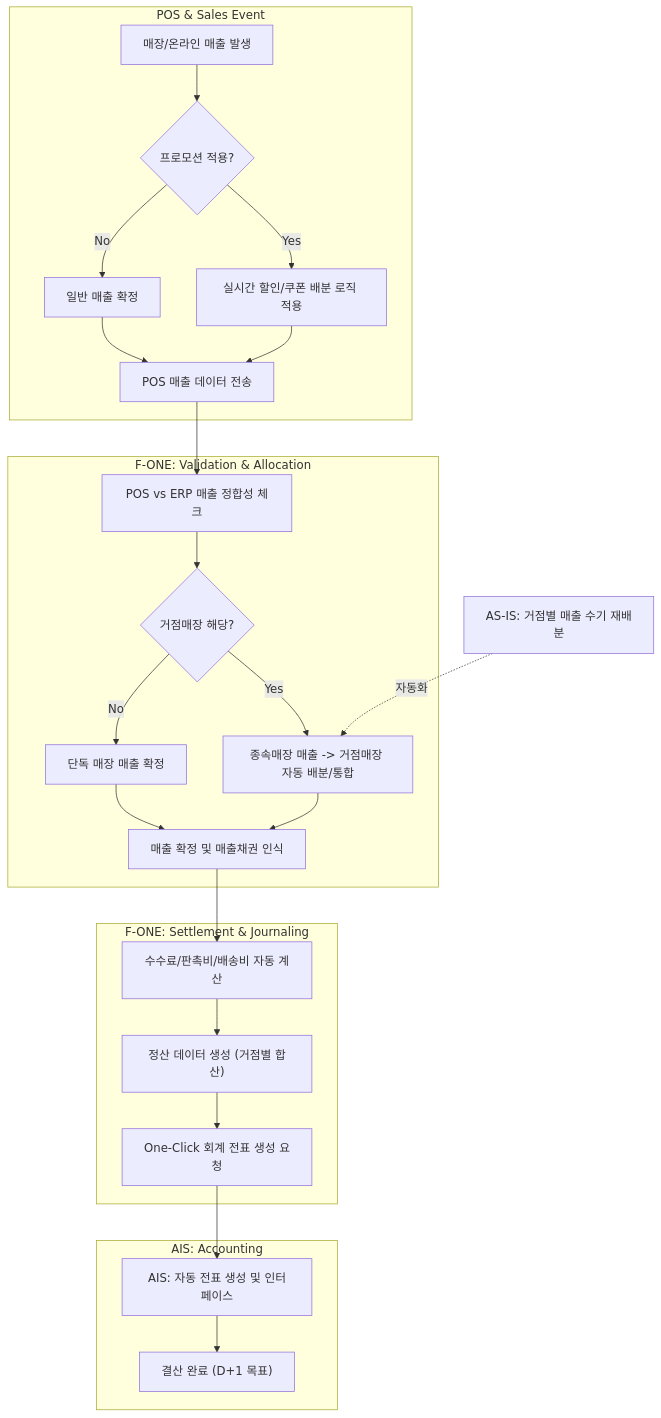
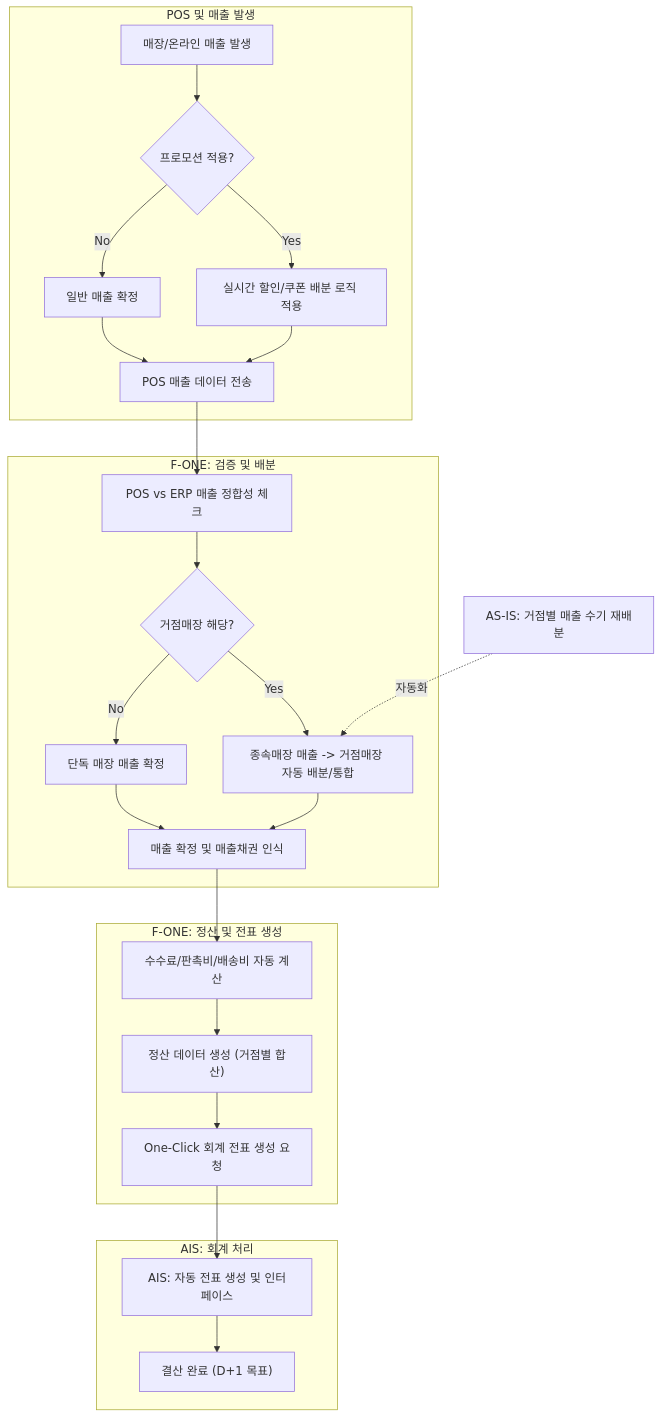
Before and after one commit to sonicsito-pixel/swiki: the second of 5 diagrams in wiki/sources/SALES_MGMT_TOBE_FLOW.md, drawn with Mermaid. The commit also changed other lines of this file, not shown here.

Commit message:
Translate Mermaid diagrams to Korean in SALES_MGMT_TOBE_FLOW.md

````diff
--- a/wiki/sources/SALES_MGMT_TOBE_FLOW.md
+++ b/wiki/sources/SALES_MGMT_TOBE_FLOW.md
@@ -40,33 +40,33 @@
 ```mermaid
 graph TD
-    subgraph "POS & Sales Event"
+    subgraph "POS 및 매출 발생"
         A["매장/온라인 매출 발생"] --> B{프로모션 적용?}
         B -->|Yes| C[실시간 할인/쿠폰 배분 로직 적용]
         B -->|No| D[일반 매출 확정]
         C --> E[POS 매출 데이터 전송]
         D --> E
     end
 
-    subgraph "F-ONE: Validation & Allocation"
+    subgraph "F-ONE: 검증 및 배분"
         E --> F[POS vs ERP 매출 정합성 체크]
         F --> G{거점매장 해당?}
         G -->|Yes| G1["종속매장 매출 -> 거점매장 자동 배분/통합"]
         G -->|No| G2[단독 매장 매출 확정]
         G1 --> I[매출 확정 및 매출채권 인식]
         G2 --> I
     end
 
-    subgraph "F-ONE: Settlement & Journaling"
+    subgraph "F-ONE: 정산 및 전표 생성"
         I --> J[수수료/판촉비/배송비 자동 계산]
         J --> K["정산 데이터 생성 (거점별 합산)"]
         K --> L[One-Click 회계 전표 생성 요청]
     end
 
-    subgraph "AIS: Accounting"
+    subgraph "AIS: 회계 처리"
         L --> M[AIS: 자동 전표 생성 및 인터페이스]
         M --> N["결산 완료 (D+1 목표)"]
     end
 
     %% Added Hub Logic
     O["AS-IS: 거점별 매출 수기 재배분"] -.->|자동화| G1
 ```
````
